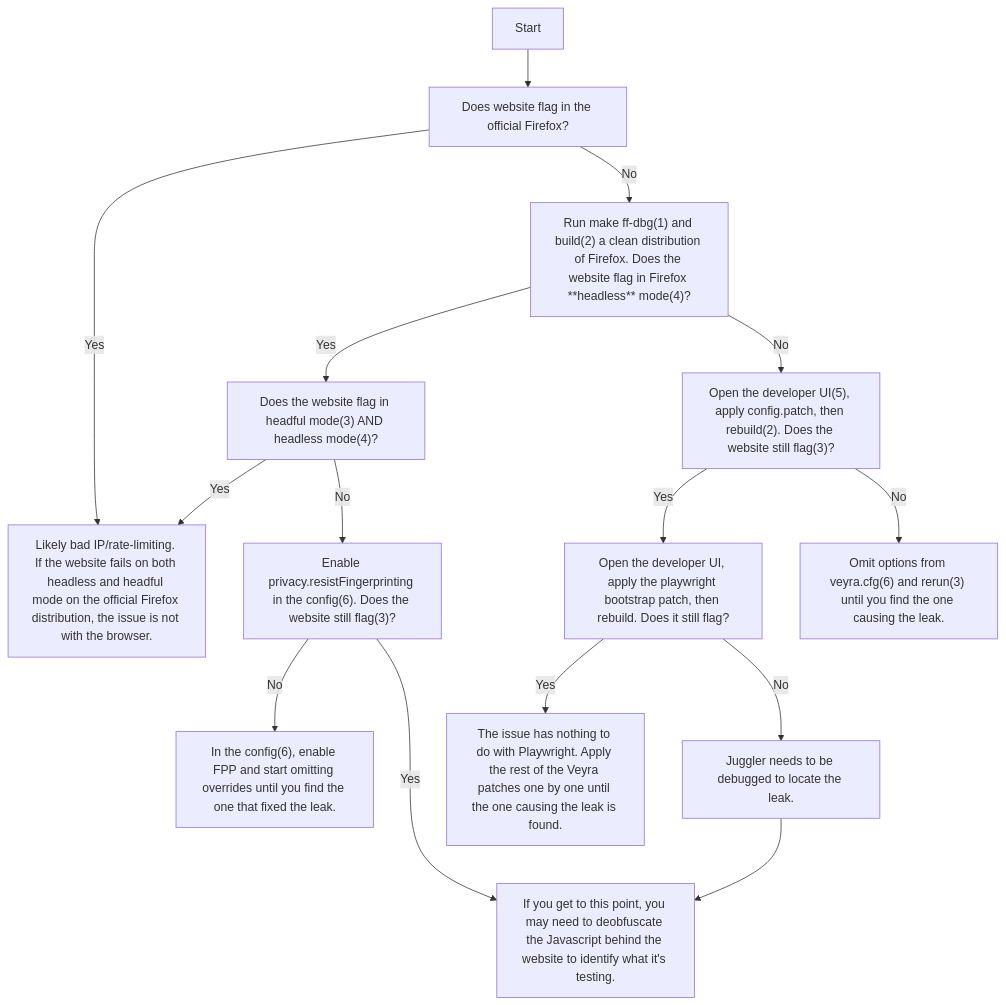
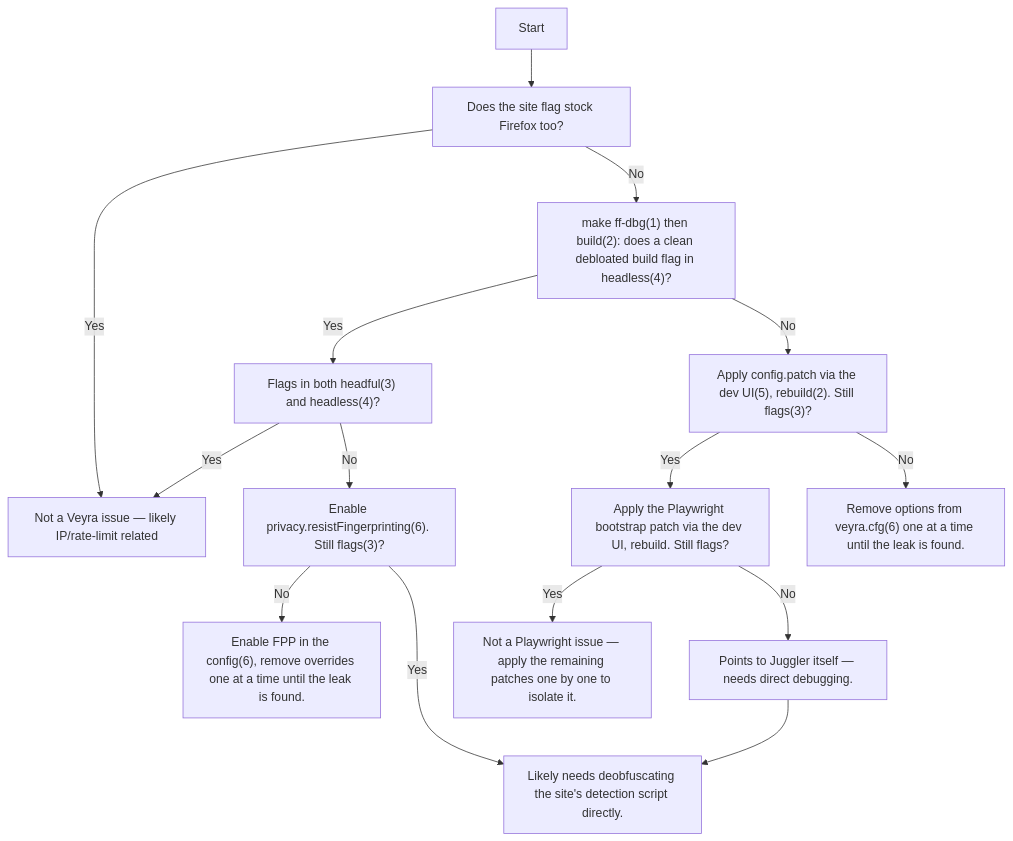
The second of 2 diagrams in README.md (ahansardar/veyra), drawn with Mermaid before and after one commit. The commit also changed other lines of this file, not shown here.

````diff
--- a/README.md
+++ b/README.md
@@ -442,17 +187,17 @@
 ```mermaid
 flowchart TD
-    A[Start] --> B[Does website flag in the official Firefox?]
-    B -->|Yes| C[Likely bad IP/rate-limiting. If the website fails on both headless and headful mode on the official Firefox distribution, the issue is not with the browser.]
-    B -->|No| D["Run make ff-dbg(1) and build(2) a clean distribution of Firefox. Does the website flag in Firefox **headless** mode(4)?"]
-    D -->|Yes| E["Does the website flag in headful mode(3) AND headless mode(4)?"]
-    D -->|No| F["Open the developer UI(5), apply config.patch, then rebuild(2). Does the website still flag(3)?"]
-    E -->|No| G["Enable privacy.resistFingerprinting in the config(6). Does the website still flag(3)?"]
+    A[Start] --> B[Does the site flag stock Firefox too?]
+    B -->|Yes| C[Not a Veyra issue — likely IP/rate-limit related]
+    B -->|No| D["make ff-dbg(1) then build(2): does a clean debloated build flag in headless(4)?"]
+    D -->|Yes| E["Flags in both headful(3) and headless(4)?"]
+    D -->|No| F["Apply config.patch via the dev UI(5), rebuild(2). Still flags(3)?"]
+    E -->|No| G["Enable privacy.resistFingerprinting(6). Still flags(3)?"]
     E -->|Yes| C
-    G -->|No| H["In the config(6), enable FPP and start omitting overrides until you find the one that fixed the leak."]
-    G -->|Yes| I[If you get to this point, you may need to deobfuscate the Javascript behind the website to identify what it's testing.]
-    F -->|Yes| K["Open the developer UI, apply the playwright bootstrap patch, then rebuild. Does it still flag?"]
-    F -->|No| J["Omit options from veyra.cfg(6) and rerun(3) until you find the one causing the leak."]
-    K -->|No| M[Juggler needs to be debugged to locate the leak.]
-    K -->|Yes| L[The issue has nothing to do with Playwright. Apply the rest of the Veyra patches one by one until the one causing the leak is found.]
+    G -->|No| H["Enable FPP in the config(6), remove overrides one at a time until the leak is found."]
+    G -->|Yes| I[Likely needs deobfuscating the site's detection script directly.]
+    F -->|Yes| K["Apply the Playwright bootstrap patch via the dev UI, rebuild. Still flags?"]
+    F -->|No| J["Remove options from veyra.cfg(6) one at a time until the leak is found."]
+    K -->|No| M[Points to Juggler itself — needs direct debugging.]
+    K -->|Yes| L[Not a Playwright issue — apply the remaining patches one by one to isolate it.]
     M --> I
 ```
````
